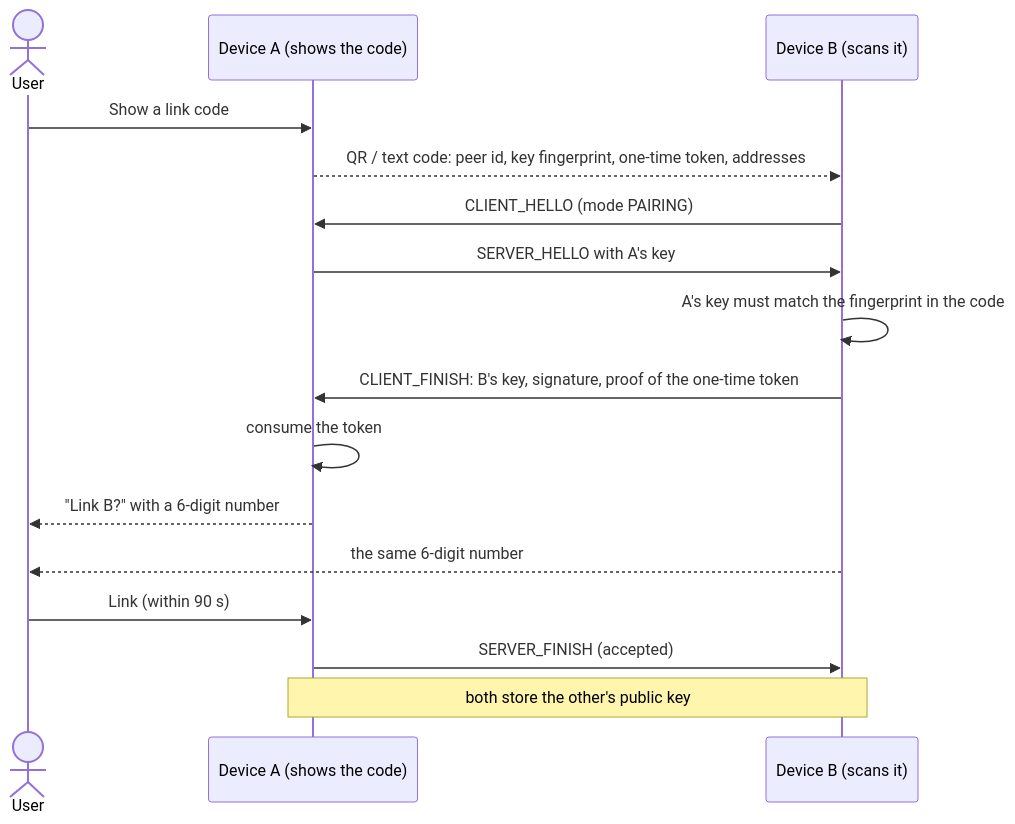
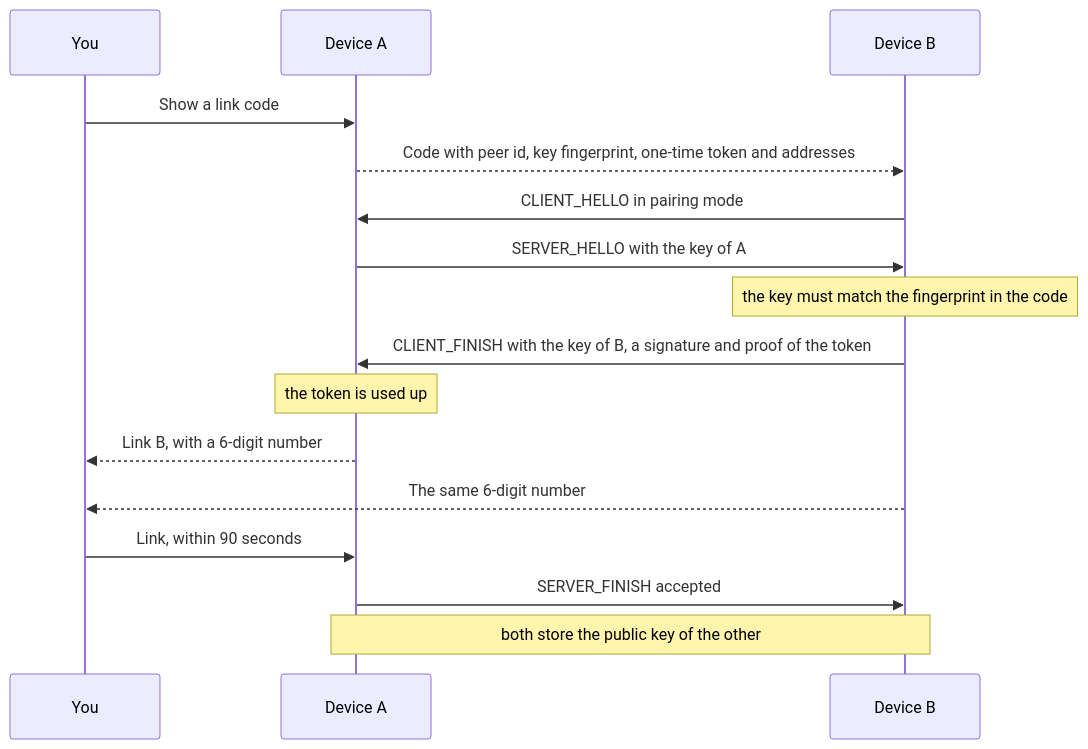
One commit to FancyCorey/handoff changed the first of 2 diagrams in docs/SECURITY.md. Above: the diagram before and after it, drawn with Mermaid.

Commit message:
Simplify the linking diagram

````diff
--- a/docs/SECURITY.md
+++ b/docs/SECURITY.md
@@ -22,19 +22,18 @@
 ```mermaid
 sequenceDiagram
-    actor User
-    participant A as Device A (shows the code)
-    participant B as Device B (scans it)
-
-    User->>A: Show a link code
-    A-->>B: QR / text code: peer id, key fingerprint, one-time token, addresses
-    B->>A: CLIENT_HELLO (mode PAIRING)
-    A->>B: SERVER_HELLO with A's key
-    B->>B: A's key must match the fingerprint in the code
-    B->>A: CLIENT_FINISH: B's key, signature, proof of the one-time token
-    A->>A: consume the token
-    A-->>User: "Link B?" with a 6-digit number
-    B-->>User: the same 6-digit number
-    User->>A: Link (within 90 s)
-    A->>B: SERVER_FINISH (accepted)
-    Note over A,B: both store the other's public key
+    participant U as You
+    participant A as Device A
+    participant B as Device B
+    U->>A: Show a link code
+    A-->>B: Code with peer id, key fingerprint, one-time token and addresses
+    B->>A: CLIENT_HELLO in pairing mode
+    A->>B: SERVER_HELLO with the key of A
+    Note over B: the key must match the fingerprint in the code
+    B->>A: CLIENT_FINISH with the key of B, a signature and proof of the token
+    Note over A: the token is used up
+    A-->>U: Link B, with a 6-digit number
+    B-->>U: The same 6-digit number
+    U->>A: Link, within 90 seconds
+    A->>B: SERVER_FINISH accepted
+    Note over A,B: both store the public key of the other
 ```
````
